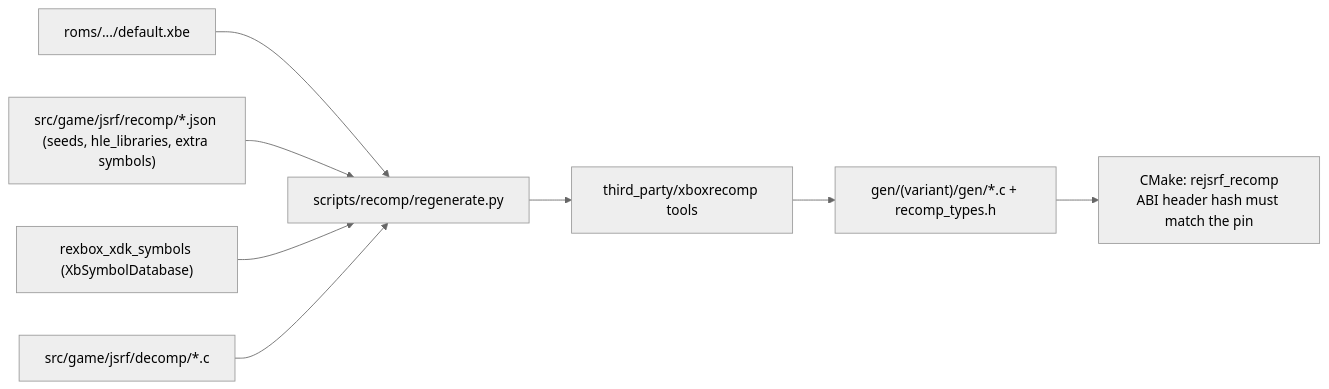
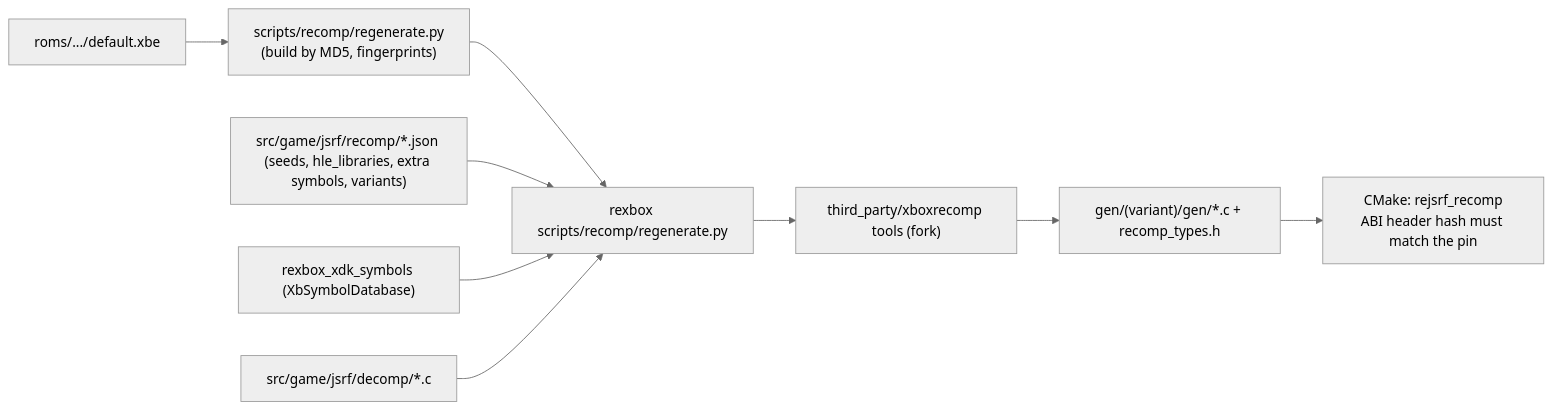
The second of 3 diagrams in ARCHITECTURE.md (nworkers/reJSRF), drawn with Mermaid (neutral theme) before and after one commit. The commit also changed other lines of this file and 172 other files, not shown here.

````diff
--- a/ARCHITECTURE.md
+++ b/ARCHITECTURE.md
@@ -111,10 +37,11 @@
 ```mermaid
 flowchart LR
-    XBE["roms/.../default.xbe"] --> REGEN["scripts/recomp/regenerate.py"]
-    SEEDS["src/game/jsrf/recomp/*.json (seeds, hle_libraries, extra symbols)"] --> REGEN
+    XBE["roms/.../default.xbe"] --> WRAP["scripts/recomp/regenerate.py<br/>(build by MD5, fingerprints)"]
+    WRAP --> REGEN["rexbox scripts/recomp/regenerate.py"]
+    SEEDS["src/game/jsrf/recomp/*.json (seeds, hle_libraries, extra symbols, variants)"] --> REGEN
     SYM["rexbox_xdk_symbols (XbSymbolDatabase)"] --> REGEN
     DECOMP["src/game/jsrf/decomp/*.c"] --> REGEN
-    REGEN --> TOOLS["third_party/xboxrecomp tools"]
+    REGEN --> TOOLS["third_party/xboxrecomp tools (fork)"]
     TOOLS --> GEN["gen/(variant)/gen/*.c + recomp_types.h"]
     GEN --> CMAKE["CMake: rejsrf_recomp<br/>ABI header hash must match the pin"]
 ```
````
